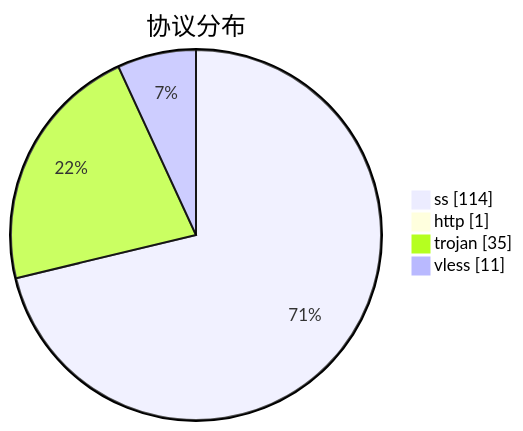
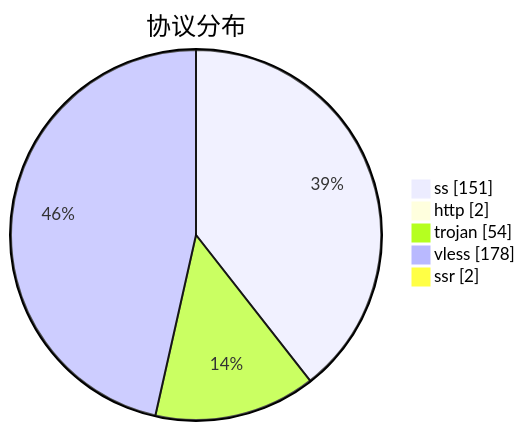
One commit to qjlxg/airport changed the third of 3 diagrams in subs/statistics/tested_within.md. Above: the diagram before and after it, drawn with Mermaid. The commit also changed other lines of this file and 2 other files, not shown here.

````diff
--- a/subs/statistics/tested_within.md
+++ b/subs/statistics/tested_within.md
@@ -16,8 +19,9 @@
 ```mermaid
 pie showData
 title 协议分布
-"ss" : 114
-"http" : 1
-"trojan" : 35
-"vless" : 11
+"ss" : 151
+"http" : 2
+"trojan" : 54
+"vless" : 178
+"ssr" : 2
 ```
````
